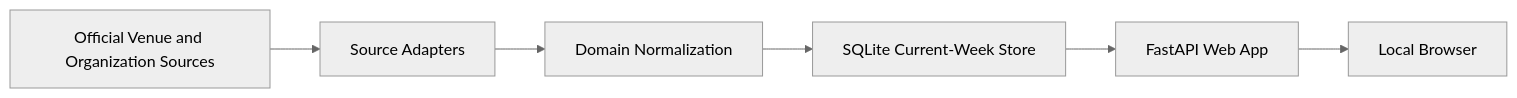
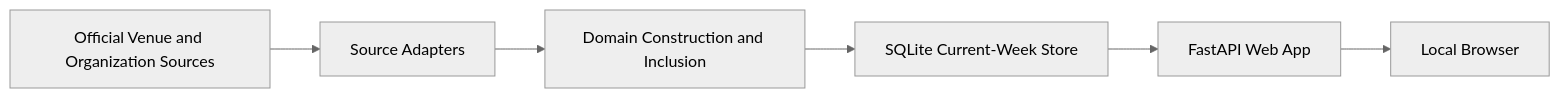
The first of 2 diagrams in docs/architecture.md (igramberg/events), drawn with Mermaid (neutral theme) before and after one commit. The commit also changed other lines of this file and 1 other file, not shown here.

Commit message:
Lock T2 identity design and architecture doc

````diff
--- a/docs/architecture.md
+++ b/docs/architecture.md
@@ -74,8 +76,8 @@
 ```mermaid
 flowchart LR
     A[Official Venue and Organization Sources] --> B[Source Adapters]
-    B --> C[Domain Normalization]
+    B --> C[Domain Construction and Inclusion]
     C --> D[SQLite Current-Week Store]
     D --> E[FastAPI Web App]
     E --> F[Local Browser]
 ```
````
